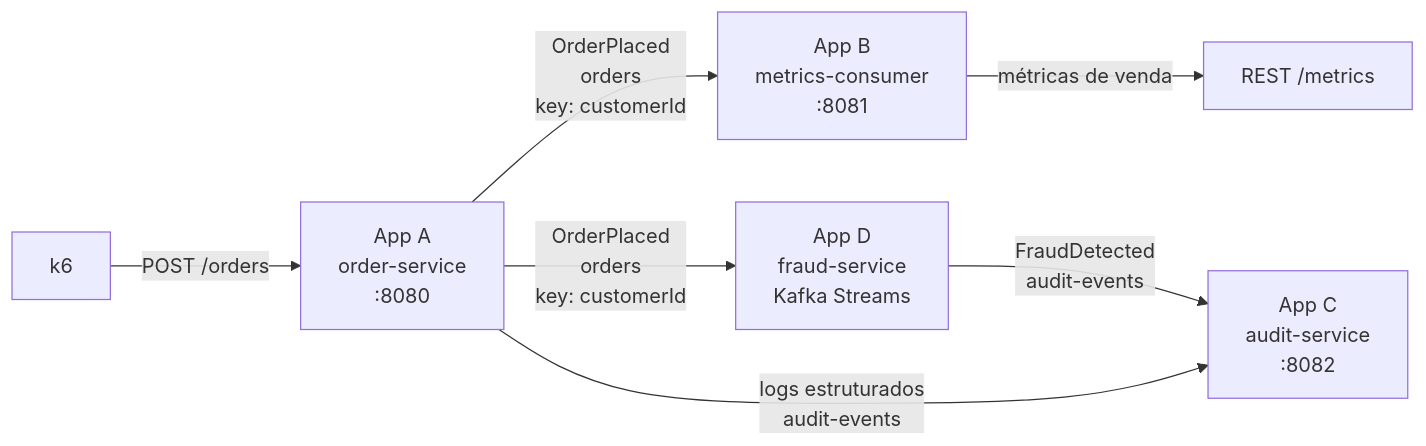
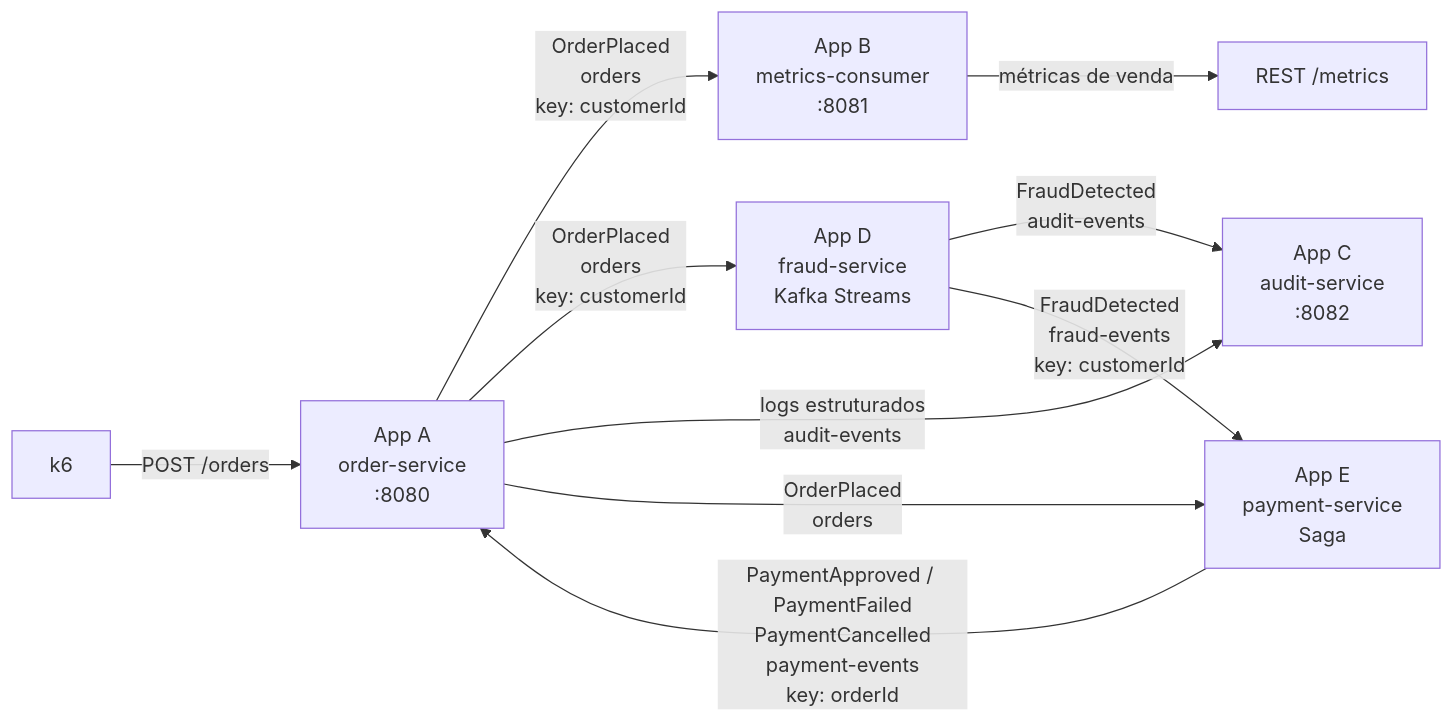
One commit to joaolaureano/training_kafka changed the first of 7 diagrams in README.md. Above: the diagram before and after it, drawn with Mermaid. The commit also changed other lines of this file and 254 other files, not shown here.

First line of the commit message:
Add payment-service and the fraud compensation Saga

````diff
--- a/README.md
+++ b/README.md
@@ -18,9 +18,12 @@
 ```mermaid
 flowchart LR
     K6[k6] -->|POST /orders| Order[App A<br/>order-service<br/>:8080]
     Order -->|OrderPlaced<br/>orders<br/>key: customerId| Metrics[App B<br/>metrics-consumer<br/>:8081]
     Order -->|OrderPlaced<br/>orders<br/>key: customerId| Fraud[App D<br/>fraud-service<br/>Kafka Streams]
     Metrics -->|métricas de venda| MetricsApi[REST /metrics]
     Fraud -->|FraudDetected<br/>audit-events| Audit[App C<br/>audit-service<br/>:8082]
     Order -->|logs estruturados<br/>audit-events| Audit
+    Order -->|OrderPlaced<br/>orders| Payment[App E<br/>payment-service<br/>Saga]
+    Payment -->|PaymentApproved / PaymentFailed<br/>PaymentCancelled<br/>payment-events<br/>key: orderId| Order
+    Fraud -->|FraudDetected<br/>fraud-events<br/>key: customerId| Payment
 ```
````
